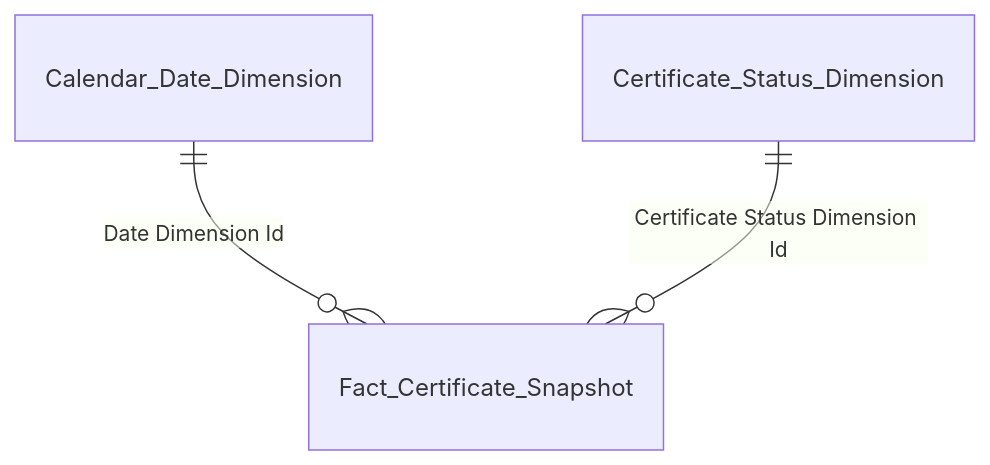
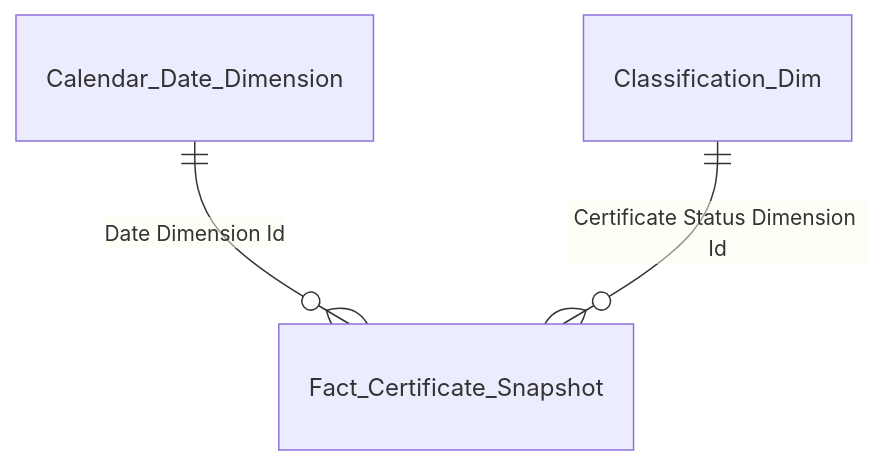
Before and after one commit to linhlvit/ubck_atomic_design: the second of 21 diagrams in Gold/hld/GOLD_NHNCK_HLD.md, drawn with Mermaid. The commit also changed other lines of this file and 1 other file, not shown here.

````diff
--- a/Gold/hld/GOLD_NHNCK_HLD.md
+++ b/Gold/hld/GOLD_NHNCK_HLD.md
@@ -74,5 +75,5 @@
 ```mermaid
 erDiagram
     Calendar_Date_Dimension ||--o{ Fact_Certificate_Snapshot : "Date Dimension Id"
-    Certificate_Status_Dimension ||--o{ Fact_Certificate_Snapshot : "Certificate Status Dimension Id"
+    Classification_Dim ||--o{ Fact_Certificate_Snapshot : "Certificate Status Dimension Id"
 ```
````
